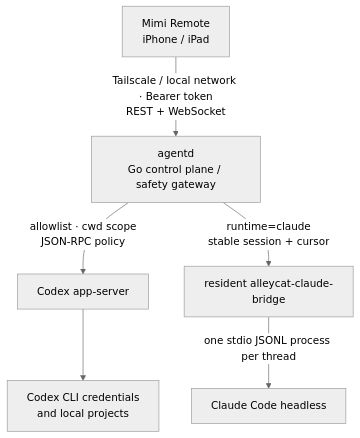
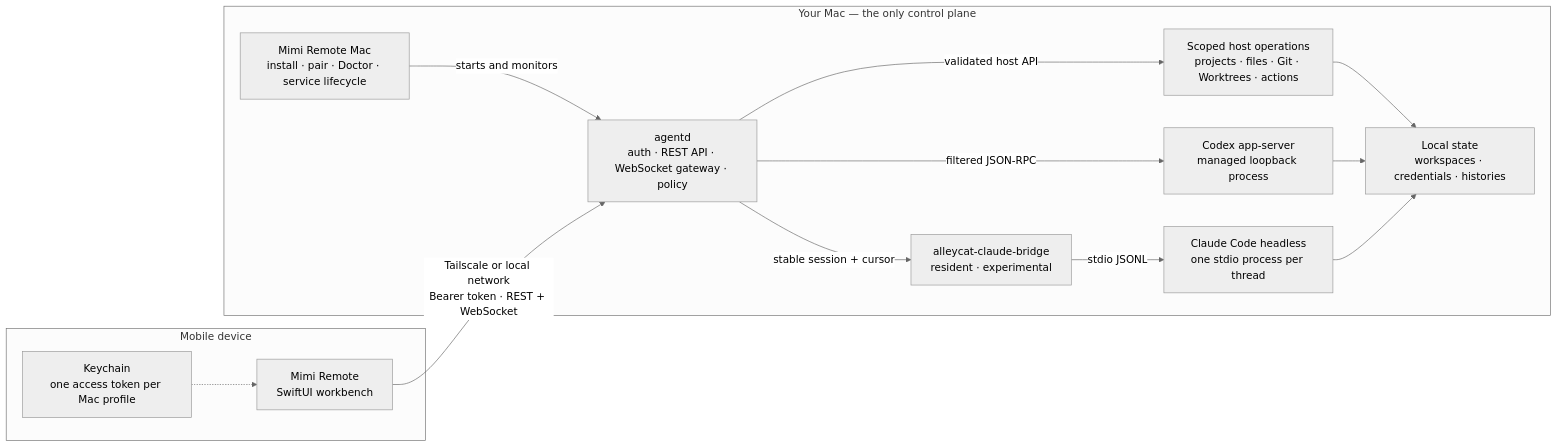
The diagram in README.md (aerfagogogo/codex-ipad-agent), drawn with Mermaid (neutral theme) before and after one commit. The commit also changed other lines of this file and 1 other file, not shown here.

Commit message:
docs: clarify system architecture

````diff
--- a/README.md
+++ b/README.md
@@ -89,8 +89,29 @@
 ```mermaid
-flowchart TD
-    A["Mimi Remote\niPhone / iPad"] -->|"Tailscale / local network · Bearer token\nREST + WebSocket"| B["agentd\nGo control plane / safety gateway"]
-    B -->|"allowlist · cwd scope\nJSON-RPC policy"| C["Codex app-server"]
-    C --> D["Codex CLI credentials\nand local projects"]
-    B -->|"runtime=claude\nstable session + cursor"| E["resident alleycat-claude-bridge"]
-    E -->|"one stdio JSONL process per thread"| F["Claude Code headless"]
+flowchart LR
+    subgraph Mobile["Mobile device"]
+        App["Mimi Remote<br/>SwiftUI workbench"]
+        Keychain["Keychain<br/>one access token per Mac profile"]
+        Keychain -.-> App
+    end
+
+    subgraph Mac["Your Mac — the only control plane"]
+        Host["Mimi Remote Mac<br/>install · pair · Doctor · service lifecycle"]
+        Agent["agentd<br/>auth · REST API · WebSocket gateway · policy"]
+        Local["Scoped host operations<br/>projects · files · Git · Worktrees · actions"]
+        Codex["Codex app-server<br/>managed loopback process"]
+        Bridge["alleycat-claude-bridge<br/>resident · experimental"]
+        Claude["Claude Code headless<br/>one stdio process per thread"]
+        State["Local state<br/>workspaces · credentials · histories"]
+
+        Host -->|"starts and monitors"| Agent
+        Agent -->|"validated host API"| Local
+        Agent -->|"filtered JSON-RPC"| Codex
+        Agent -->|"stable session + cursor"| Bridge
+        Bridge -->|"stdio JSONL"| Claude
+        Local --> State
+        Codex --> State
+        Claude --> State
+    end
+
+    App -->|"Tailscale or local network<br/>Bearer token · REST + WebSocket"| Agent
 ```
````
